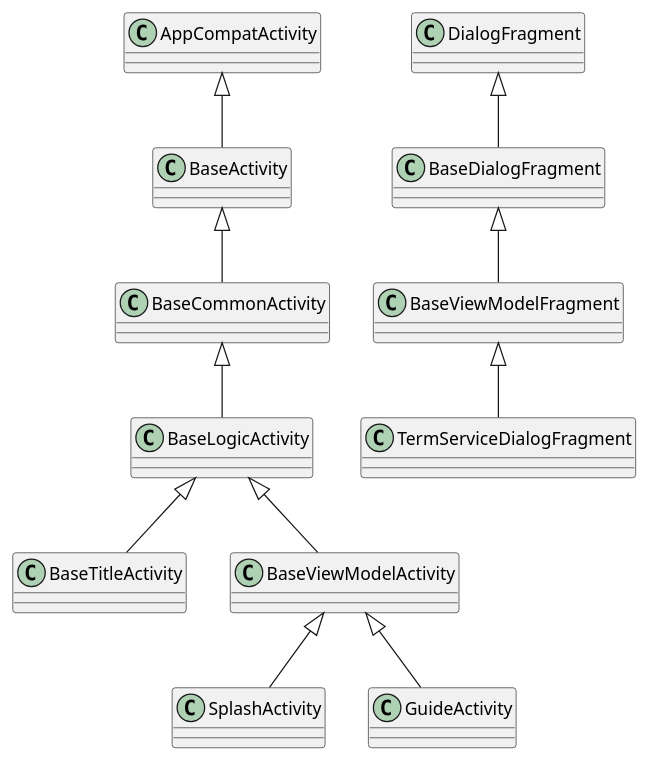
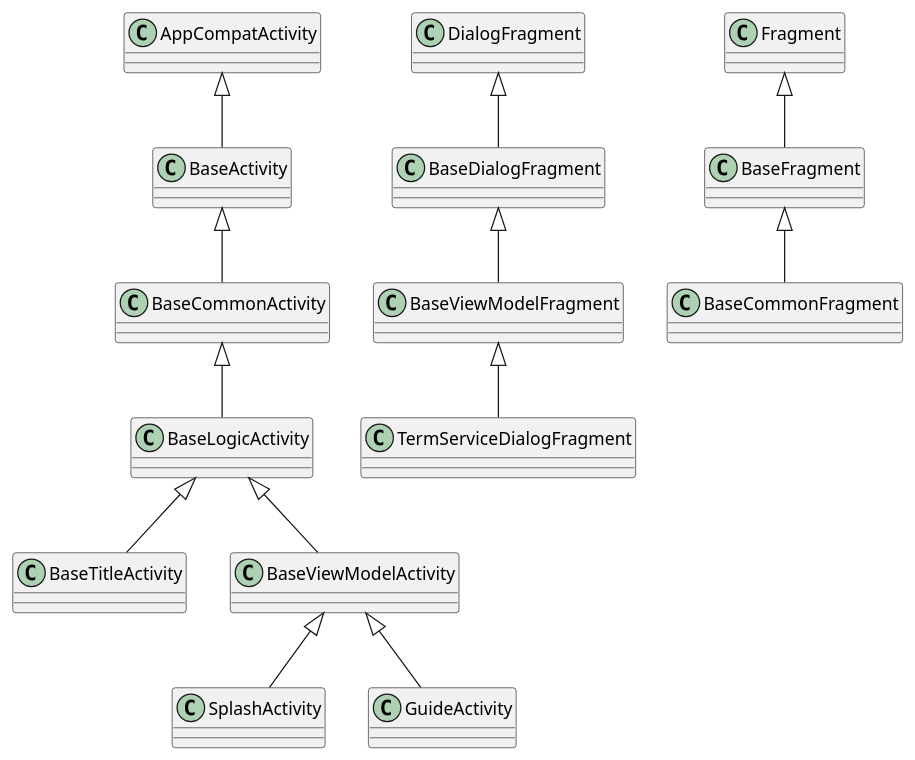
One commit to boredommaker/cloud-music-java-self changed the diagram in class.puml. Above: the diagram before and after it, drawn with PlantUML. The commit also changed 93 other files, not shown here.

```diff
--- a/class.puml
+++ b/class.puml
@@ -1,19 +1,20 @@
 @startuml
 'https://plantuml.com/class-diagram
 
 AppCompatActivity    <|--    BaseActivity
 BaseActivity         <|--    BaseCommonActivity
 BaseCommonActivity   <|--    BaseLogicActivity
 BaseLogicActivity    <|--    BaseTitleActivity
 BaseViewModelActivity    <|--    SplashActivity
 BaseViewModelActivity <|-- GuideActivity
 
 DialogFragment    <|--    BaseDialogFragment
 BaseDialogFragment   <|--    BaseViewModelFragment
 BaseViewModelFragment <|--    TermServiceDialogFragment
 
 
 BaseLogicActivity <|-- BaseViewModelActivity
 
-
+Fragment   <|--   BaseFragment
+BaseFragment  <|-- BaseCommonFragment
 @enduml
```
